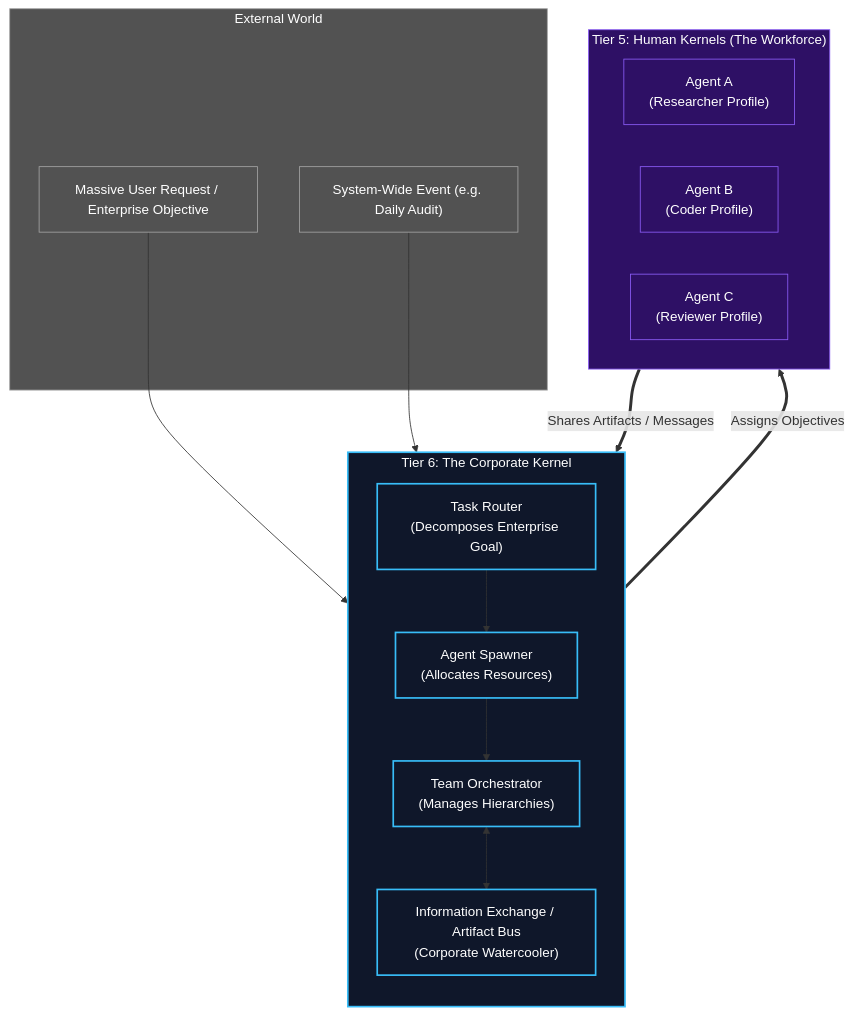
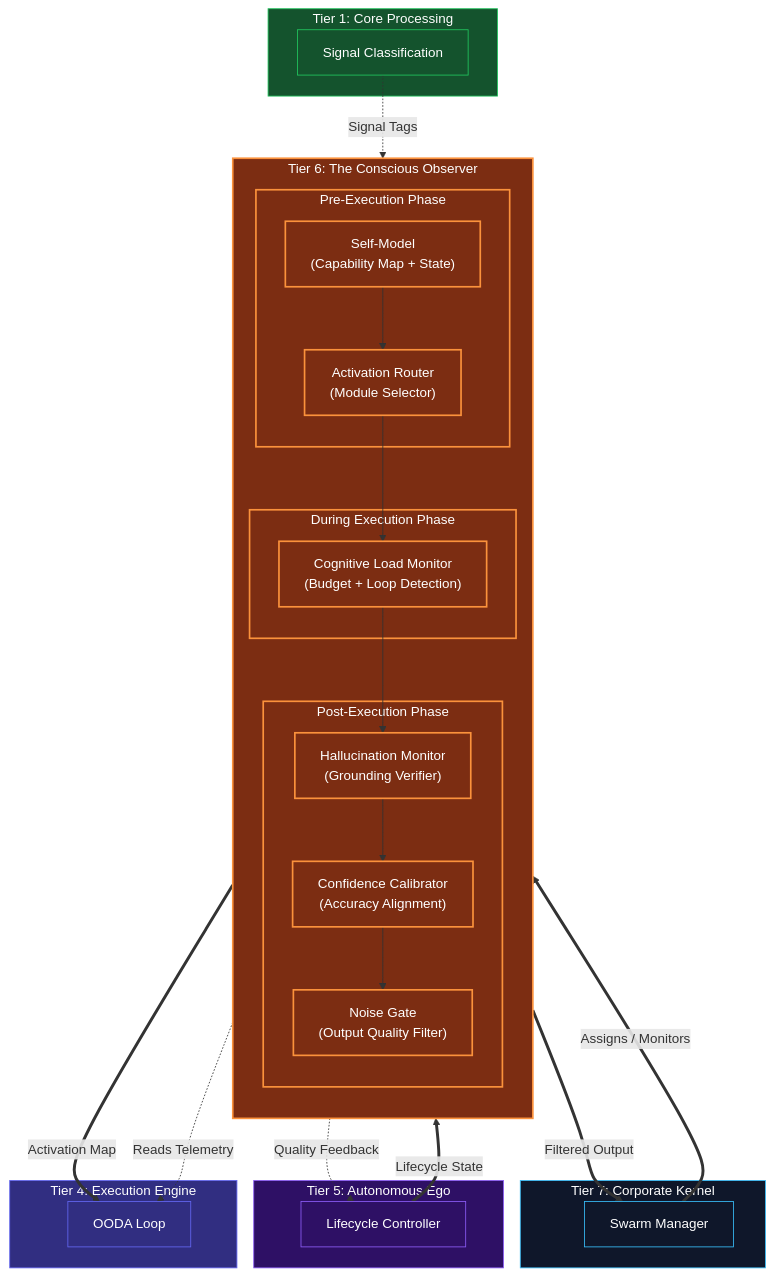
The first of 2 diagrams in redesign/tier_6/tier_6_architecture.md (azzindani/Kea), drawn with Mermaid before and after one commit. The commit also changed other lines of this file and 16 other files, not shown here.

First line of the commit message:
Add Tier 6 (Conscious Observer) and restructure Human Kernel to 8 tiers

````diff
--- a/redesign/tier_6/tier_6_architecture.md
+++ b/redesign/tier_6/tier_6_architecture.md
@@ -10,49 +30,72 @@
 ```mermaid
 ---
 config:
   layout: dagre
 ---
 flowchart TB
-    %% External Triggers
-    subgraph sWorld["External World"]
-        nUserReq["Massive User Request / Enterprise Objective"]
-        nSystemEvent["System-Wide Event (e.g. Daily Audit)"]
+    %% Corporate Kernel above
+    subgraph sTier7["Tier 7: Corporate Kernel"]
+        nCorp["Swarm Manager"]
     end
 
-    %% Tier 6: Corporate Kernel
-    subgraph sTier6["Tier 6: The Corporate Kernel"]
+    %% Tier 6 Scope
+    subgraph sTier6["Tier 6: The Conscious Observer"]
         direction TB
-        
-        nRouter["Task Router<br>(Decomposes Enterprise Goal)"]
-        nSpawner["Agent Spawner<br>(Allocates Resources)"]
-        nOrchestrator["Team Orchestrator<br>(Manages Hierarchies)"]
-        nCommBus["Information Exchange / Artifact Bus<br>(Corporate Watercooler)"]
-        
-        nRouter --> nSpawner
-        nSpawner --> nOrchestrator
-        nOrchestrator <--> nCommBus
+
+        subgraph sPreExec["Pre-Execution Phase"]
+            nSelfModel["Self-Model<br>(Capability Map + State)"]
+            nActivation["Activation Router<br>(Module Selector)"]
+        end
+
+        subgraph sDuringExec["During Execution Phase"]
+            nCogLoad["Cognitive Load Monitor<br>(Budget + Loop Detection)"]
+        end
+
+        subgraph sPostExec["Post-Execution Phase"]
+            nHallucination["Hallucination Monitor<br>(Grounding Verifier)"]
+            nConfidence["Confidence Calibrator<br>(Accuracy Alignment)"]
+            nNoiseGate["Noise Gate<br>(Output Quality Filter)"]
+        end
+
+        nSelfModel --> nActivation
+        nActivation --> nCogLoad
+        nCogLoad --> nHallucination
+        nHallucination --> nConfidence
+        nConfidence --> nNoiseGate
     end
 
-    %% Tier 5: Individual Agents
-    subgraph sTier5["Tier 5: Human Kernels (The Workforce)"]
-        direction LR
-        nAgentA["Agent A<br>(Researcher Profile)"]
-        nAgentB["Agent B<br>(Coder Profile)"]
-        nAgentC["Agent C<br>(Reviewer Profile)"]
+    %% Lower Tiers
+    subgraph sTier5["Tier 5: Autonomous Ego"]
+        nEgo["Lifecycle Controller"]
     end
 
-    %% Routing Flow
-    nUserReq & nSystemEvent --> nRouter
-    
-    nOrchestrator == "Assigns Objectives" ==> sTier5
-    sTier5 == "Shares Artifacts / Messages" ==> nCommBus
+    subgraph sTier4["Tier 4: Execution Engine"]
+        nOODA["OODA Loop"]
+    end
+
+    subgraph sTier1["Tier 1: Core Processing"]
+        nClassify["Signal Classification"]
+    end
+
+    %% Flows
+    nCorp == "Assigns / Monitors" ==> sTier6
+    nClassify -. "Signal Tags" .-> nActivation
+    nActivation == "Activation Map" ==> nOODA
+    nCogLoad -. "Reads Telemetry" .-> nOODA
+    nNoiseGate == "Filtered Output" ==> nCorp
+    nNoiseGate -. "Quality Feedback" .-> nEgo
+    nEgo == "Lifecycle State" ==> sTier6
 
     %% Styling
+    classDef t1 fill:#14532D,stroke:#22C55E,stroke-width:1px,color:#fff
+    classDef t4 fill:#312E81,stroke:#6366F1,stroke-width:1px,color:#fff
     classDef t5 fill:#2E1065,stroke:#8B5CF6,stroke-width:1px,color:#fff
-    classDef t6 fill:#0f172a,stroke:#38bdf8,stroke-width:2px,color:#fff
-    classDef ext fill:#525252,stroke:#A3A3A3,stroke-width:1px,color:#fff
-    
-    class sWorld,nUserReq,nSystemEvent ext
-    class sTier6,nRouter,nSpawner,nOrchestrator,nCommBus t6
-    class sTier5,nAgentA,nAgentB,nAgentC t5
+    classDef t6 fill:#7C2D12,stroke:#FB923C,stroke-width:2px,color:#fff
+    classDef t7 fill:#0f172a,stroke:#38bdf8,stroke-width:1px,color:#fff
+
+    class sTier1,nClassify t1
+    class sTier4,nOODA t4
+    class sTier5,nEgo t5
+    class sTier6,sPreExec,sDuringExec,sPostExec,nSelfModel,nActivation,nCogLoad,nHallucination,nConfidence,nNoiseGate t6
+    class sTier7,nCorp t7
 ```
````
